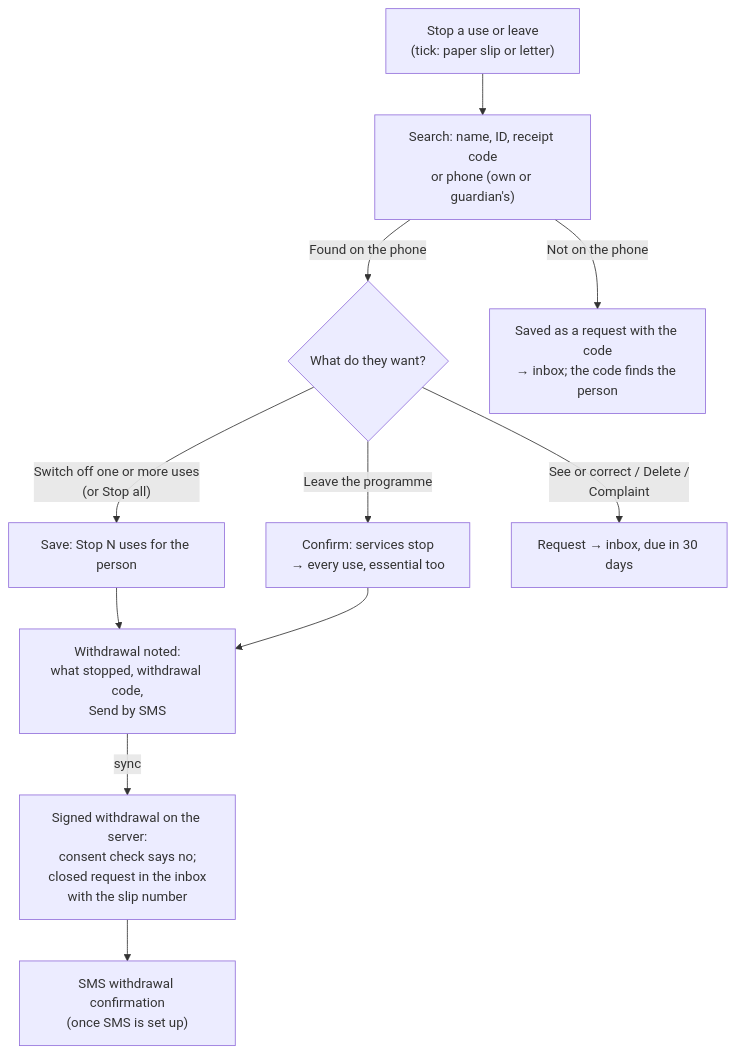
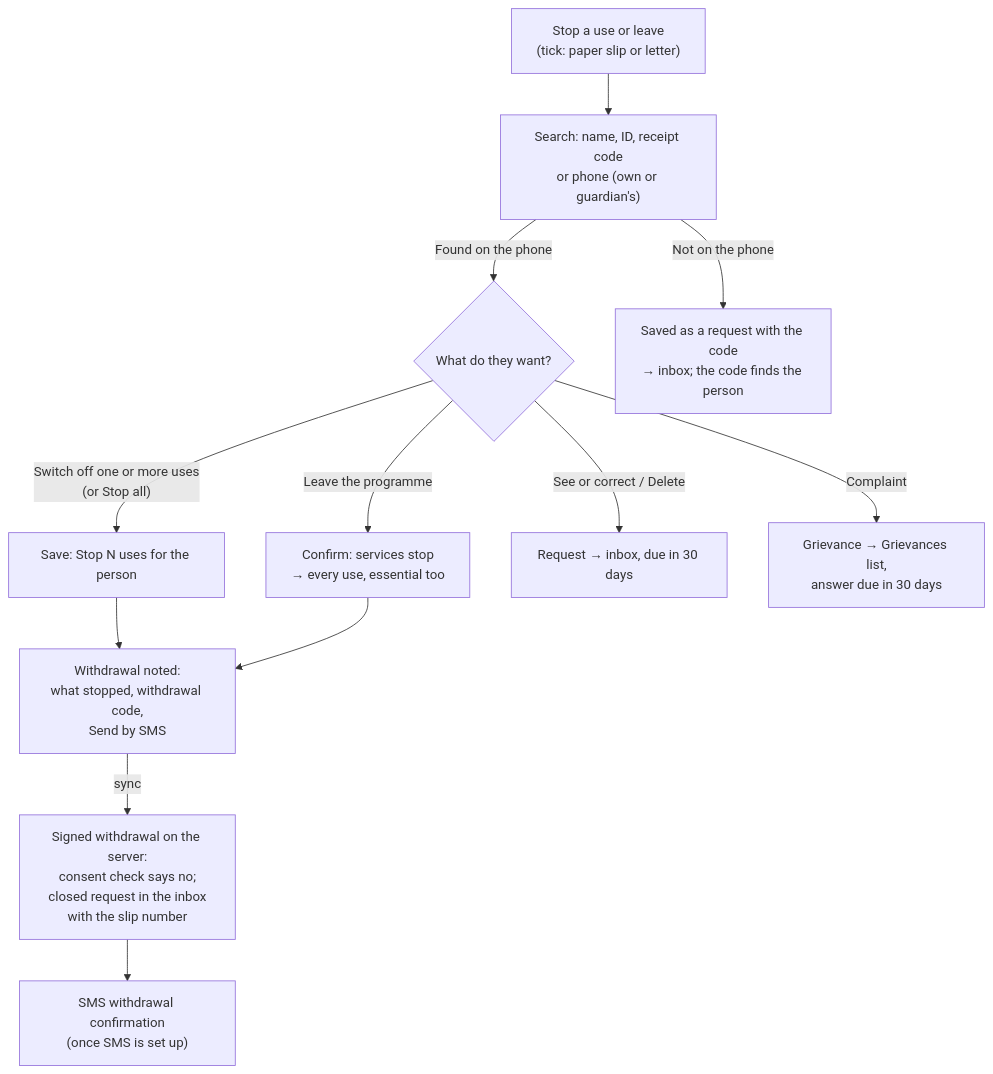
The seventh of 12 diagrams in docs/guide/product-guide.md (sunandan89/anumati), drawn with Mermaid before and after one commit. The commit also changed other lines of this file and 37 other files, not shown here.

````diff
--- a/docs/guide/product-guide.md
+++ b/docs/guide/product-guide.md
@@ -329,13 +344,14 @@
 ```mermaid
 flowchart TD
   A["Stop a use or leave<br/>(tick: paper slip or letter)"] --> F["Search: name, ID, receipt code<br/>or phone (own or guardian's)"]
   F -- "Found on the phone" --> W{"What do they want?"}
   F -- "Not on the phone" --> R["Saved as a request with the code<br/>→ inbox; the code finds the person"]
   W -- "Switch off one or more uses<br/>(or Stop all)" --> L["Save: Stop N uses for the person"]
   W -- "Leave the programme" --> LV["Confirm: services stop<br/>→ every use, essential too"]
-  W -- "See or correct / Delete /<br/>Complaint" --> Q["Request → inbox, due in 30 days"]
+  W -- "See or correct / Delete" --> Q["Request → inbox, due in 30 days"]
+  W -- "Complaint" --> GQ["Grievance → Grievances list,<br/>answer due in 30 days"]
   L --> N["Withdrawal noted:<br/>what stopped, withdrawal code,<br/>Send by SMS"]
   LV --> N
   N -- "sync" --> S["Signed withdrawal on the server:<br/>consent check says no;<br/>closed request in the inbox<br/>with the slip number"]
   S --> M["SMS withdrawal confirmation<br/>(once SMS is set up)"]
 ```
````
